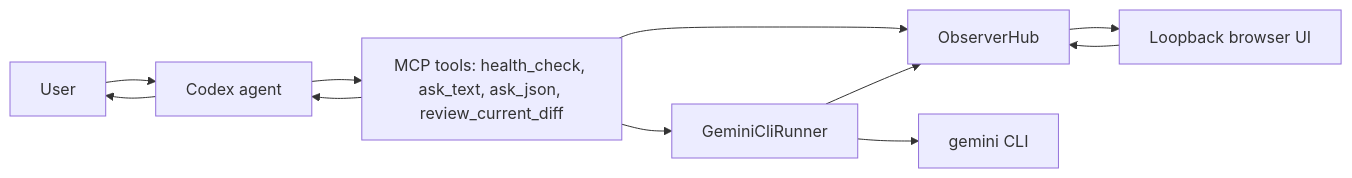
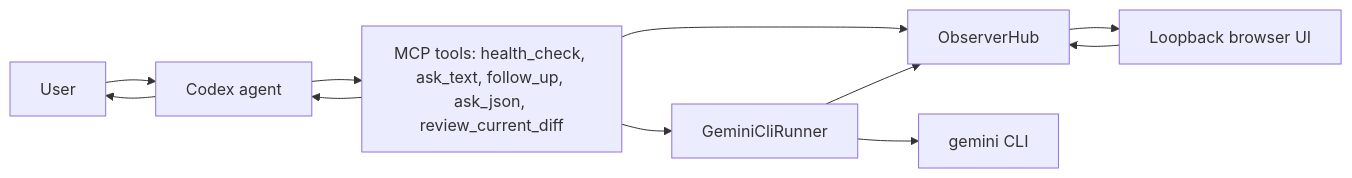
One commit to jisoq/gemness changed the first of 2 diagrams in docs/gemini-observer.md. Above: the diagram before and after it, drawn with Mermaid. The commit also changed other lines of this file and 10 other files, not shown here.

````diff
--- a/docs/gemini-observer.md
+++ b/docs/gemini-observer.md
@@ -5,18 +5,18 @@
 ```mermaid
 flowchart LR
   User["User"]
   Codex["Codex agent"]
-  Tools["MCP tools: health_check, ask_text, ask_json, review_current_diff"]
+  Tools["MCP tools: health_check, ask_text, follow_up, ask_json, review_current_diff"]
   Hub["ObserverHub"]
   Runner["GeminiCliRunner"]
   UI["Loopback browser UI"]
   Gemini["gemini CLI"]
 
   User --> Codex --> Tools
   Tools --> Hub
   Tools --> Runner --> Gemini
   Runner --> Hub
   Hub --> UI
   UI --> Hub
   Tools --> Codex --> User
 ```
````
